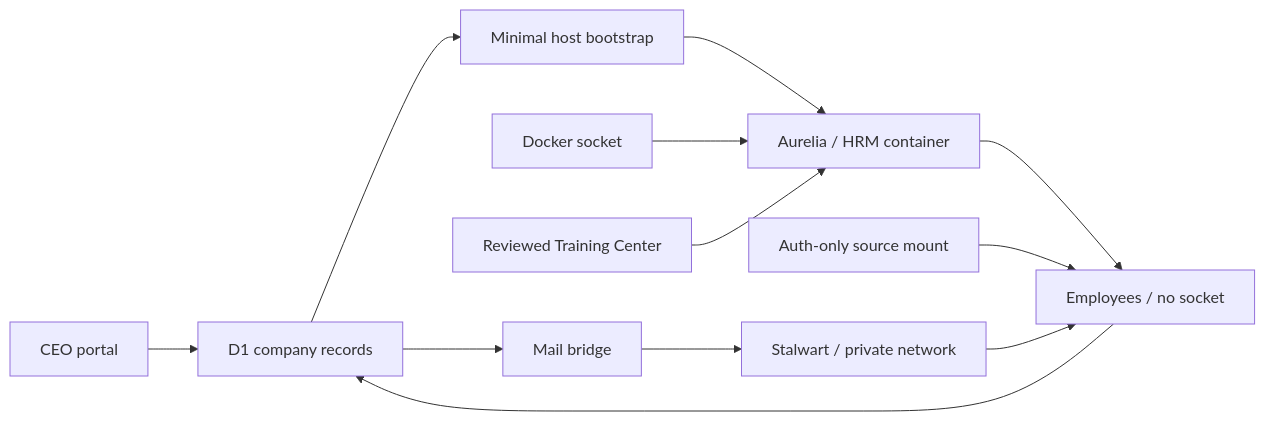
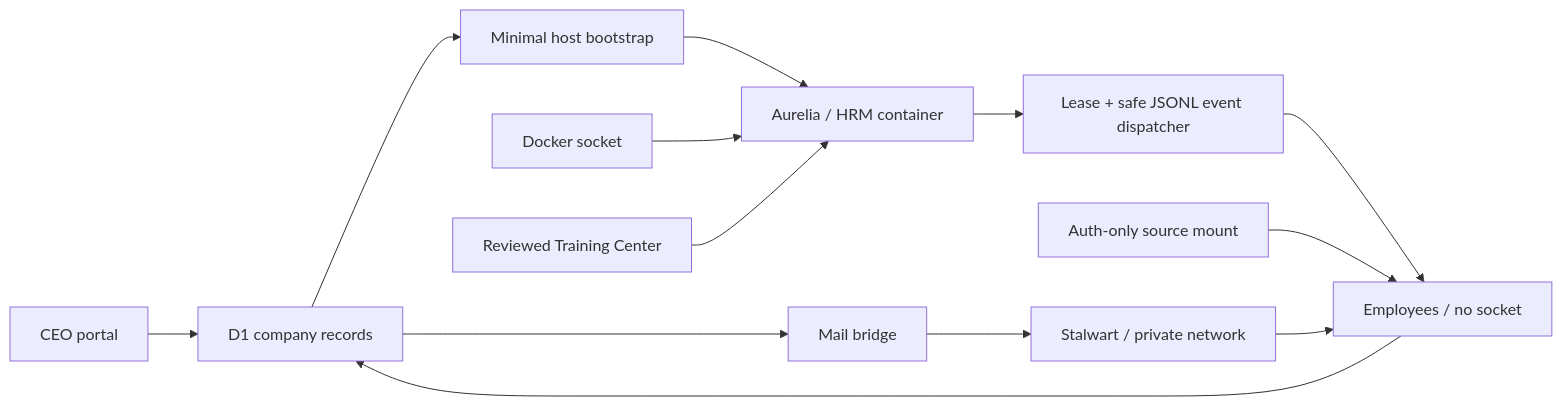
One commit to VincentL01/LaAzienda changed the diagram in docs/ARCHITECTURE.md. Above: the diagram before and after it, drawn with Mermaid. The commit also changed other lines of this file and 32 other files, not shown here.

````diff
--- a/docs/ARCHITECTURE.md
+++ b/docs/ARCHITECTURE.md
@@ -15,14 +15,15 @@
 ```mermaid
 flowchart LR
   CEO["CEO portal"] --> D1["D1 company records"]
   D1 --> Host["Minimal host bootstrap"]
   Host --> HRM["Aurelia / HRM container"]
   Socket["Docker socket"] --> HRM
-  HRM --> Employees["Employees / no socket"]
+  HRM --> Executor["Lease + safe JSONL event dispatcher"]
+  Executor --> Employees["Employees / no socket"]
   Cache["Reviewed Training Center"] --> HRM
   Auth["Auth-only source mount"] --> Employees
   D1 --> MailBridge["Mail bridge"]
   MailBridge --> Stalwart["Stalwart / private network"]
   Stalwart --> Employees
   Employees --> D1
 ```
````
